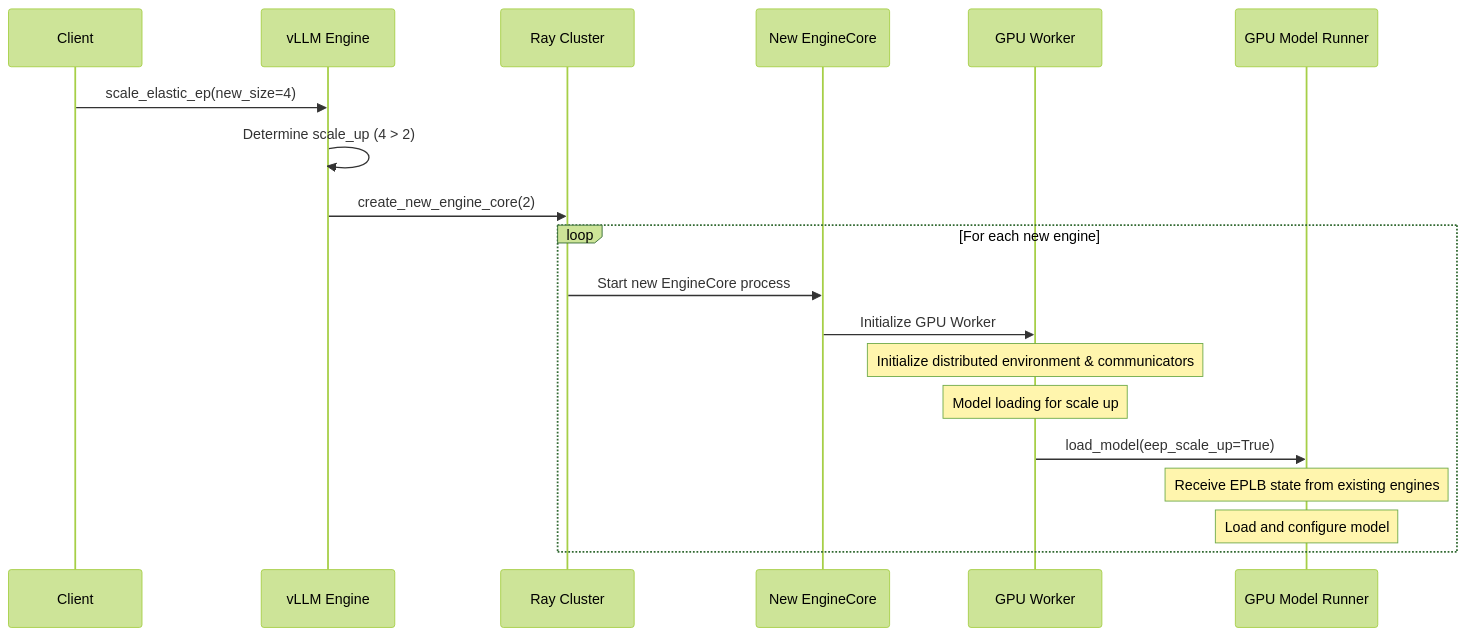
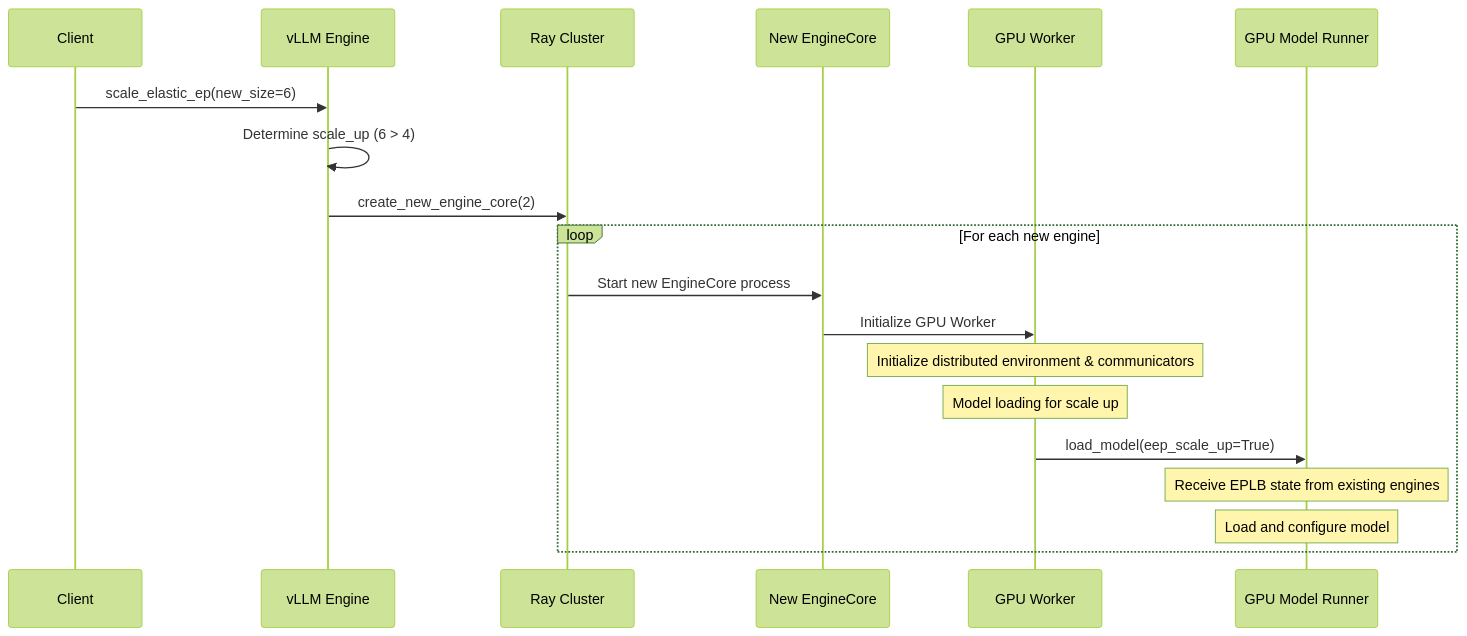
Before and after one commit to ruisearch42/vllm: the diagram in detailed_scale_up_new.md, drawn with Mermaid (forest theme). The commit also changed 5 other files, not shown here.

````diff
--- a/detailed_scale_up_new.md
+++ b/detailed_scale_up_new.md
@@ -5,26 +5,26 @@
 ```mermaid
 sequenceDiagram
     participant Client as Client
     participant Engine as vLLM Engine
     participant Ray as Ray Cluster
     participant NewEngineCore as New EngineCore
     participant Worker as GPU Worker
     participant ModelRunner as GPU Model Runner
     
-    Client->>Engine: scale_elastic_ep(new_size=4)
-    Engine->>Engine: Determine scale_up (4 > 2)
+    Client->>Engine: scale_elastic_ep(new_size=6)
+    Engine->>Engine: Determine scale_up (6 > 4)
 
     Engine->>Ray: create_new_engine_core(2)  
     loop For each new engine
         Ray->>NewEngineCore: Start new EngineCore process
         NewEngineCore->>Worker: Initialize GPU Worker
         Note over Worker: Initialize distributed environment & communicators
         
         Note over Worker: Model loading for scale up
         Worker->>ModelRunner: load_model(eep_scale_up=True)
         Note over ModelRunner: Receive EPLB state from existing engines
         
         Note over ModelRunner: Load and configure model        
     end
 
 ```
````
